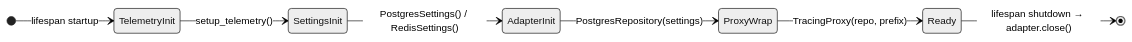
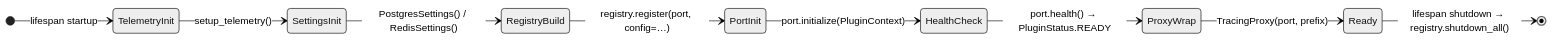
Before and after one commit to Furious-Meteors/openframe-core: the first of 3 diagrams in docs/technical/architecture/component-lifecycle.md, drawn with Mermaid (neutral theme). The commit also changed other lines of this file and 94 other files, not shown here.

````diff
--- a/docs/technical/architecture/component-lifecycle.md
+++ b/docs/technical/architecture/component-lifecycle.md
@@ -11,10 +11,12 @@
 ```mermaid
 stateDiagram-v2
     direction LR
     [*] --> TelemetryInit : lifespan startup
     TelemetryInit --> SettingsInit : setup_telemetry()
-    SettingsInit --> AdapterInit : PostgresSettings() / RedisSettings()
-    AdapterInit --> ProxyWrap : PostgresRepository(settings)
-    ProxyWrap --> Ready : TracingProxy(repo, prefix)
-    Ready --> [*] : lifespan shutdown → adapter.close()
+    SettingsInit --> RegistryBuild : PostgresSettings() / RedisSettings()
+    RegistryBuild --> PortInit : registry.register(port, config=…)
+    PortInit --> HealthCheck : port.initialize(PluginContext)
+    HealthCheck --> ProxyWrap : port.health() → PluginStatus.READY
+    ProxyWrap --> Ready : TracingProxy(port, prefix)
+    Ready --> [*] : lifespan shutdown → registry.shutdown_all()
 ```
````
